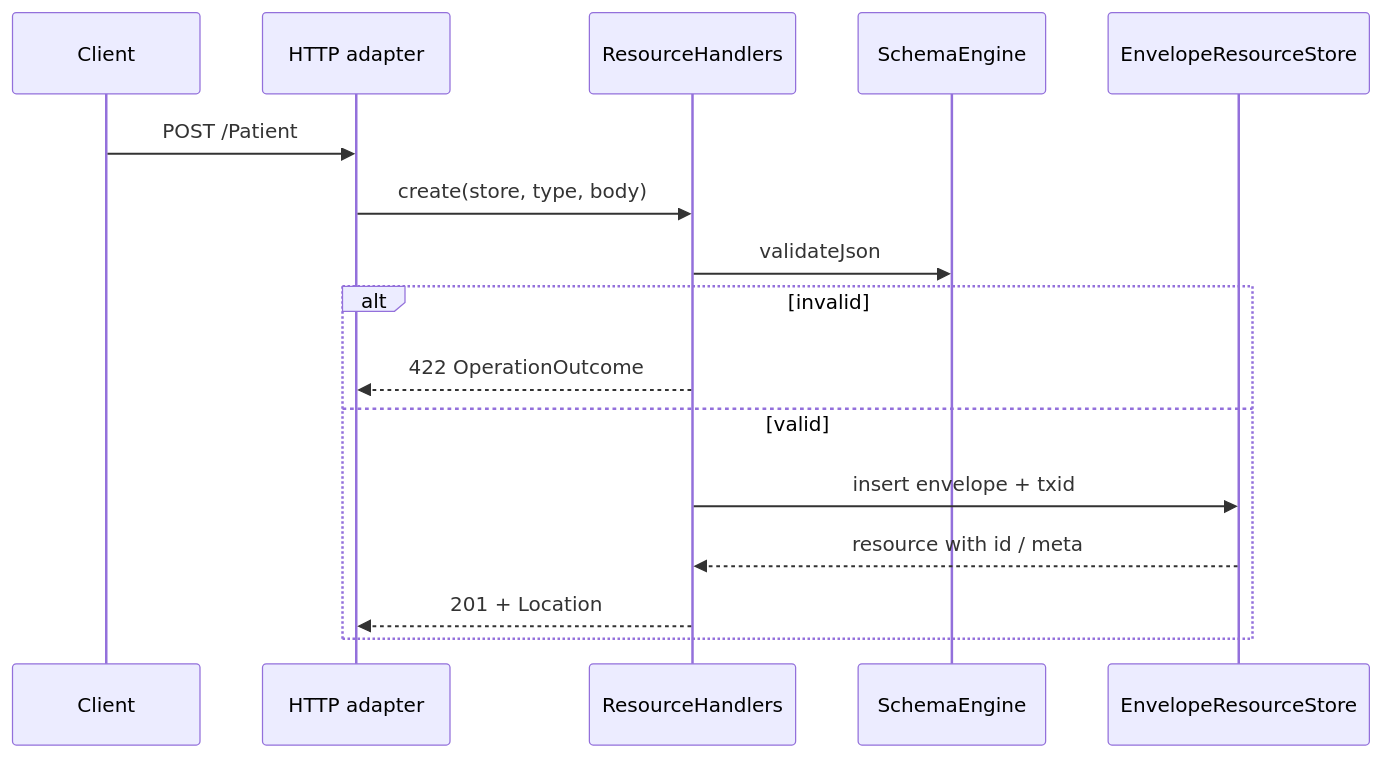
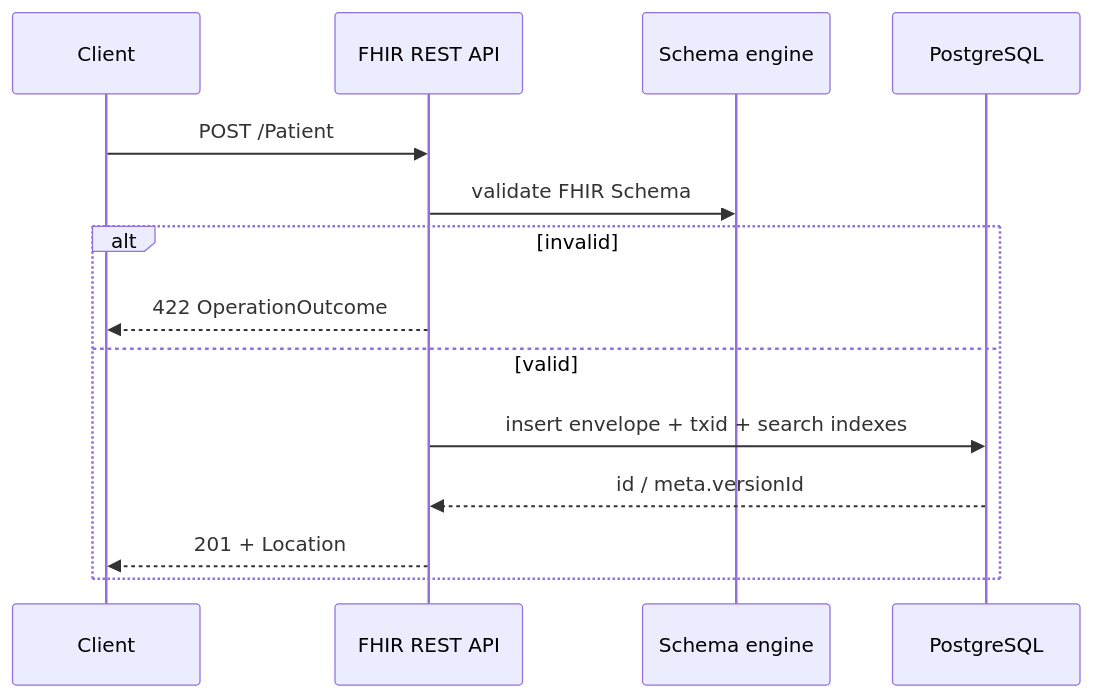
One commit to jaumeCloquellCapo/fhir changed the second of 2 diagrams in docs/Architecture.md. Above: the diagram before and after it, drawn with Mermaid. The commit also changed other lines of this file and 21 other files, not shown here.

````diff
--- a/docs/Architecture.md
+++ b/docs/Architecture.md
@@ -113,19 +129,17 @@
 ```mermaid
 sequenceDiagram
   participant Client
-  participant HTTP as HTTP adapter
-  participant App as ResourceHandlers
-  participant Val as SchemaEngine
-  participant Store as EnvelopeResourceStore
+  participant API as FHIR REST API
+  participant Val as Schema engine
+  participant DB as PostgreSQL
 
-  Client->>HTTP: POST /Patient
-  HTTP->>App: create(store, type, body)
-  App->>Val: validateJson
+  Client->>API: POST /Patient
+  API->>Val: validate FHIR Schema
   alt invalid
-    App-->>HTTP: 422 OperationOutcome
+    API-->>Client: 422 OperationOutcome
   else valid
-    App->>Store: insert envelope + txid
-    Store-->>App: resource with id / meta
-    App-->>HTTP: 201 + Location
+    API->>DB: insert envelope + txid + search indexes
+    DB-->>API: id / meta.versionId
+    API-->>Client: 201 + Location
   end
 ```
````
